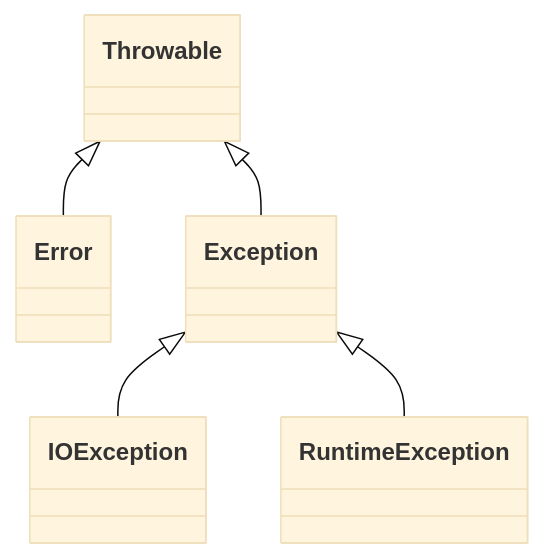
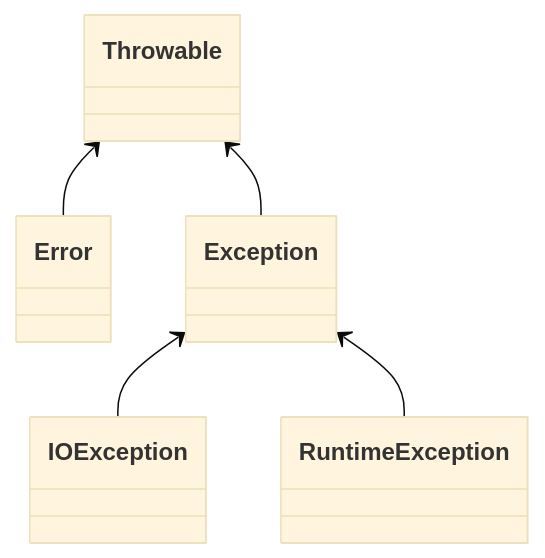
One commit to reino526/reino526.github.io changed the diagram in basic/异常.md. Above: the diagram before and after it, drawn with Mermaid (base theme). The commit also changed other lines of this file and 12 other files, not shown here.

````diff
--- a/basic/异常.md
+++ b/basic/异常.md
@@ -13,7 +13,7 @@
 ```mermaid
 classDiagram
-Throwable <|-- Error
-Throwable <|-- Exception
-Exception <|-- IOException
-Exception <|-- RuntimeException
+Throwable <-- Error
+Throwable <-- Exception
+Exception <-- IOException
+Exception <-- RuntimeException
 ```
````
